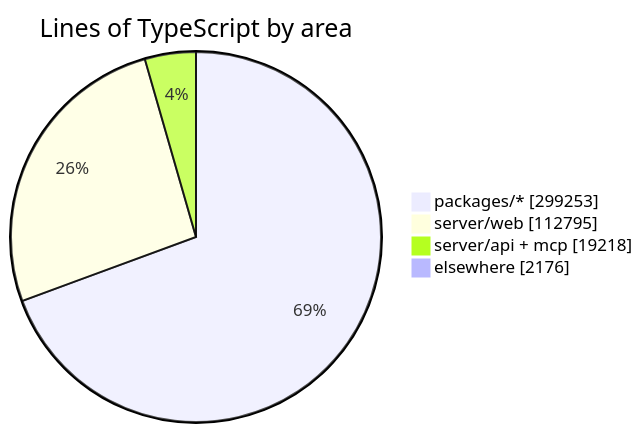
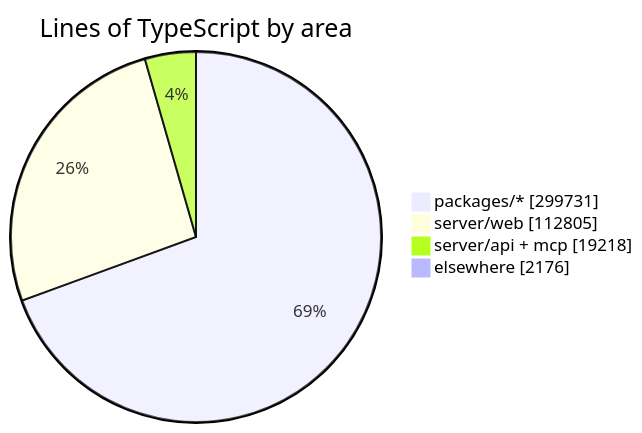
The diagram in README.md (crossworks-engineering/mantle), drawn with Mermaid before and after one commit. The commit also changed other lines of this file and 2 other files, not shown here.

````diff
--- a/README.md
+++ b/README.md
@@ -294,7 +294,7 @@
 ```mermaid
 pie showData title Lines of TypeScript by area
-    "packages/*" : 299253
-    "server/web" : 112795
+    "packages/*" : 299731
+    "server/web" : 112805
     "server/api + mcp" : 19218
     "elsewhere" : 2176
 ```
````
